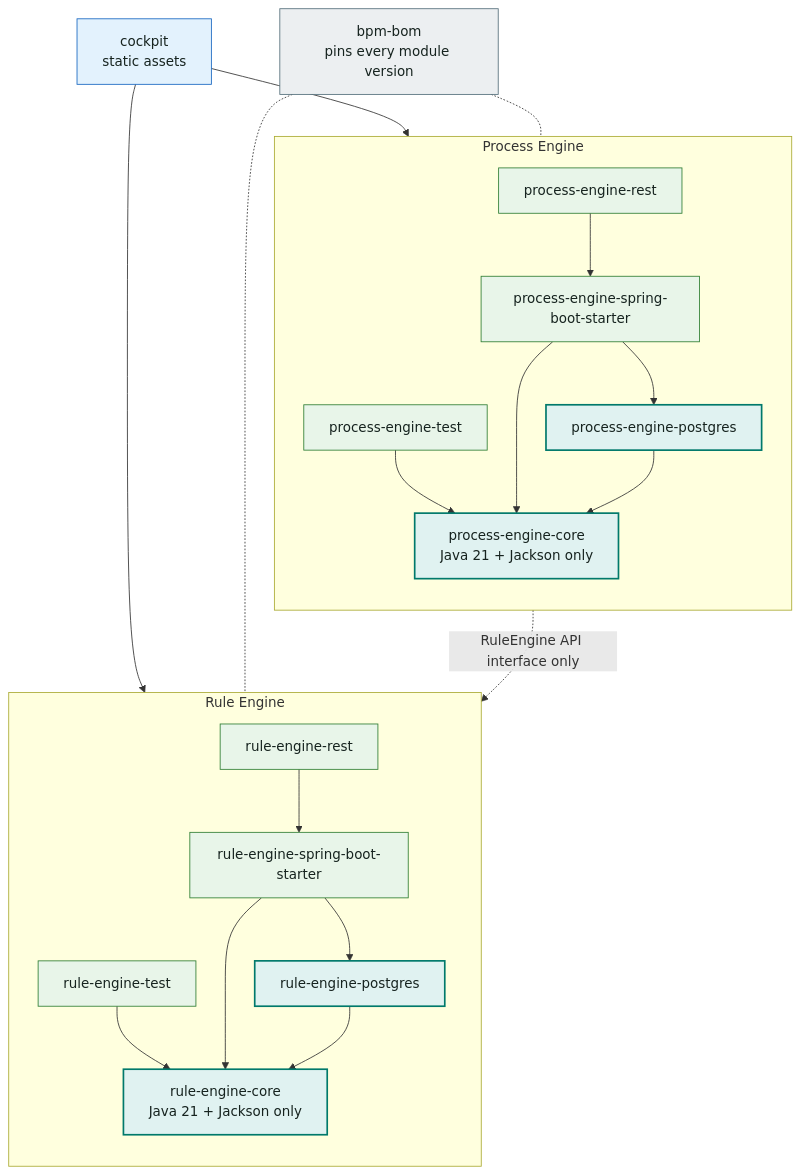
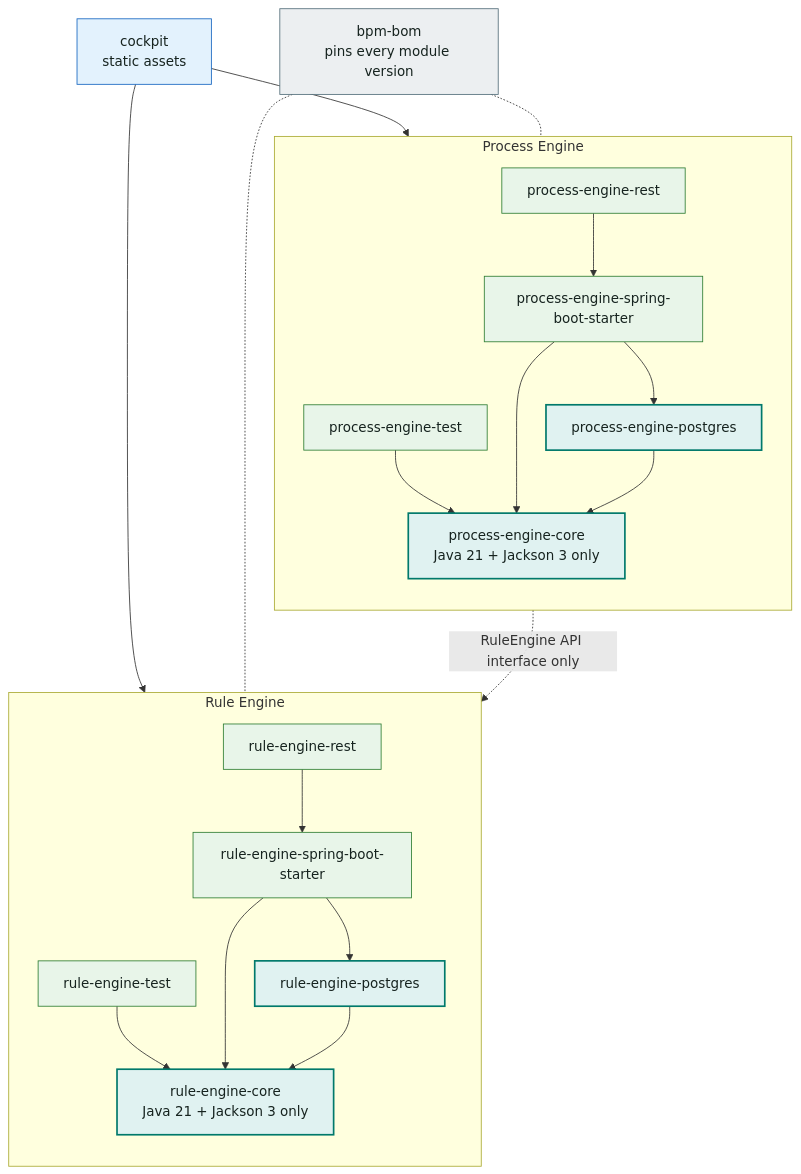
Before and after one commit to dhluong90/horus-Agentic-BPM: the diagram in wiki/diagrams/module-structure.mmd, drawn with Mermaid. The commit also changed 47 other files, not shown here.

```diff
--- a/wiki/diagrams/module-structure.mmd
+++ b/wiki/diagrams/module-structure.mmd
@@ -1,33 +1,33 @@
 flowchart TB
   subgraph RuleEngine["Rule Engine"]
     direction TB
     RT["rule-engine-test"] --> RC
     RR["rule-engine-rest"] --> RS["rule-engine-spring-boot-starter"]
     RS --> RP["rule-engine-postgres"]
-    RS --> RC["rule-engine-core<br/>Java 21 + Jackson only"]
+    RS --> RC["rule-engine-core<br/>Java 21 + Jackson 3 only"]
     RP --> RC
   end
   subgraph ProcessEngine["Process Engine"]
     direction TB
     PT["process-engine-test"] --> PC
     PR["process-engine-rest"] --> PS["process-engine-spring-boot-starter"]
     PS --> PP["process-engine-postgres"]
-    PS --> PC["process-engine-core<br/>Java 21 + Jackson only"]
+    PS --> PC["process-engine-core<br/>Java 21 + Jackson 3 only"]
     PP --> PC
   end
   PC -.->|"RuleEngine API interface only"| RC
   CK["cockpit<br/>static assets"] --> RR
   CK --> PR
   BOM["bpm-bom<br/>pins every module version"] -.- RuleEngine
   BOM -.- ProcessEngine
 
   classDef client fill:#E3F2FD,stroke:#1565C0,color:#16231F
   classDef host fill:#E8F5E9,stroke:#2E7D32,color:#16231F
   classDef engine fill:#E0F2F1,stroke:#00796B,stroke-width:2px,color:#16231F
   classDef db fill:#FFF8E1,stroke:#F9A825,color:#16231F
   classDef external fill:#F3E5F5,stroke:#6A1B9A,color:#16231F
   classDef obs fill:#ECEFF1,stroke:#546E7A,color:#16231F
   class RC,PC,RP,PP engine
   class RS,PS,RR,PR,RT,PT host
   class CK client
   class BOM obs
```
